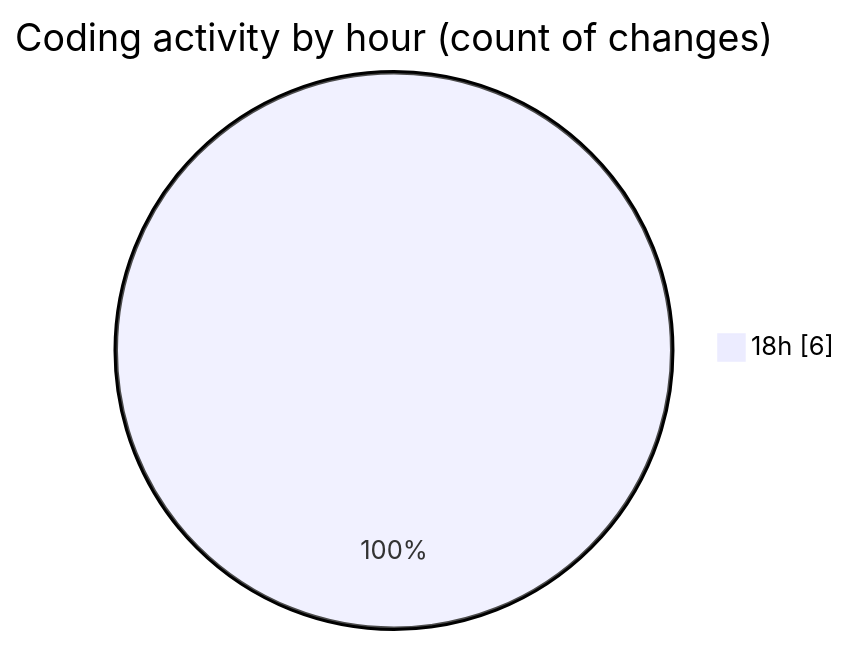
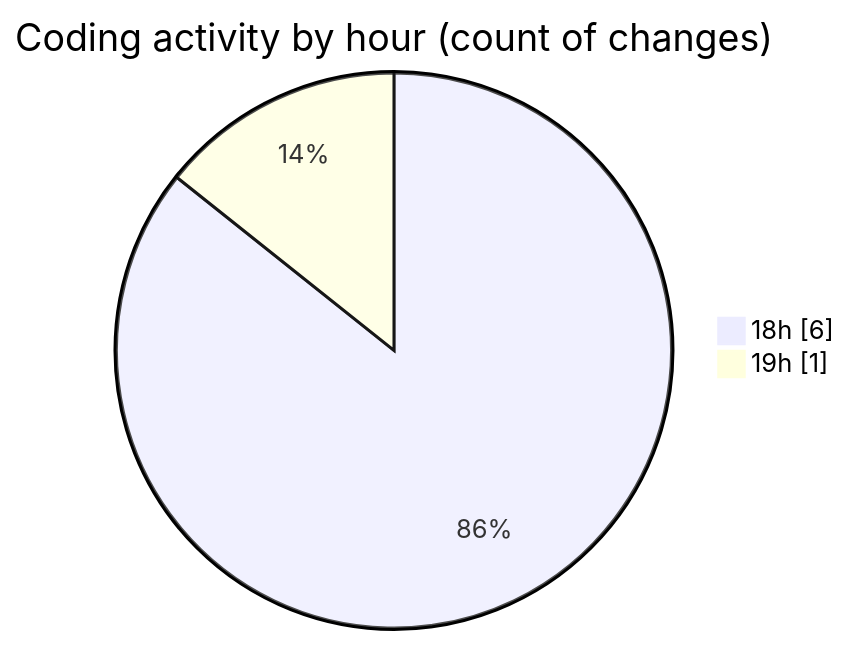
Before and after one commit to hasnaa123/code-tracking: the second of 2 diagrams in 2025-12-13/technologie_web/README.md, drawn with Mermaid. The commit also changed other lines of this file and 1 other file, not shown here.

````diff
--- a/2025-12-13/technologie_web/README.md
+++ b/2025-12-13/technologie_web/README.md
@@ -28,5 +28,6 @@
 ```mermaid
 pie showData
 title Coding activity by hour (count of changes)
 "18h" : 6
+"19h" : 1
 ```
````
